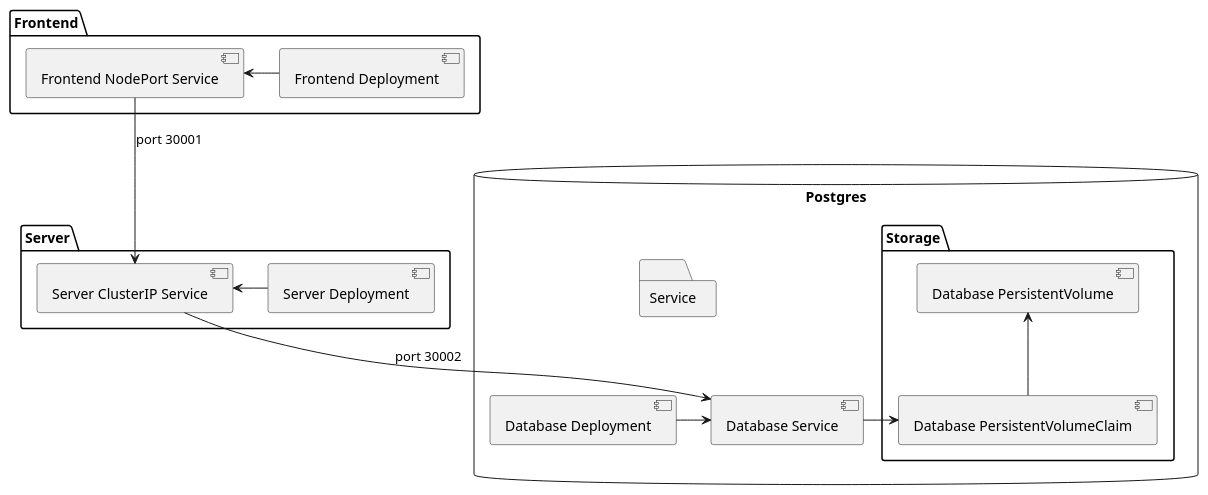
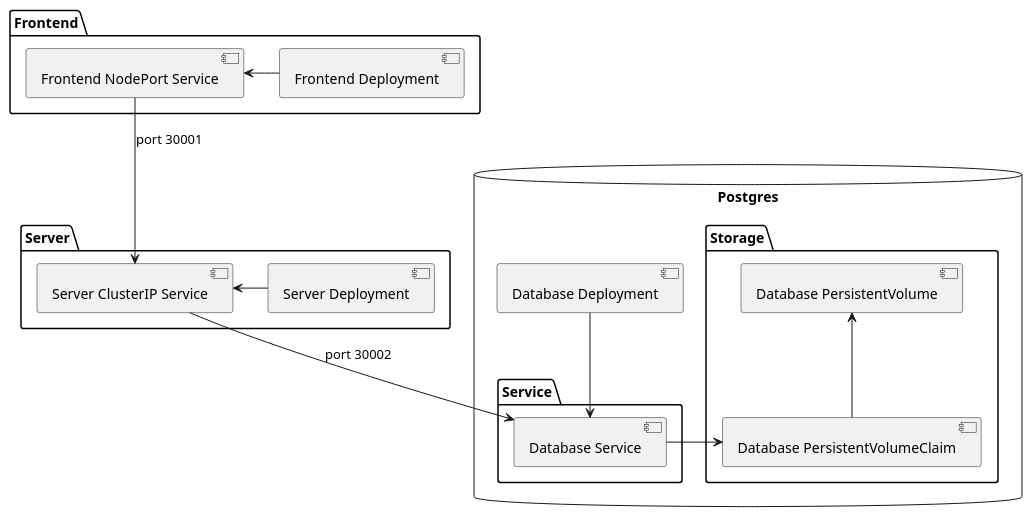
Before and after one commit to donalshortt/containerisation: the diagram in components.puml, drawn with PlantUML. The commit also changed 1 other file, not shown here.

```diff
--- a/components.puml
+++ b/components.puml
@@ -1,26 +1,26 @@
 @startuml component
 folder "Frontend" {
     [Frontend NodePort Service] <- [Frontend Deployment]
 }
 
 folder "Server" {
     [Server ClusterIP Service] <- [Server Deployment]
 }
 
 [Frontend NodePort Service] --> [Server ClusterIP Service] : port 30001
 
 
 database "Postgres" {
-    [Database Deployment] -> [Database Service]
     folder "Service" {
         [Database Service]
     }
+    [Database Deployment] --> [Database Service]
     folder "Storage" {
         [Database PersistentVolumeClaim]
         [Database PersistentVolume] <-- [Database PersistentVolumeClaim]
     }
     [Database Service] -> [Database PersistentVolumeClaim]
 }
 
 [Server ClusterIP Service] --> [Database Service] : port 30002
 @enduml
```
